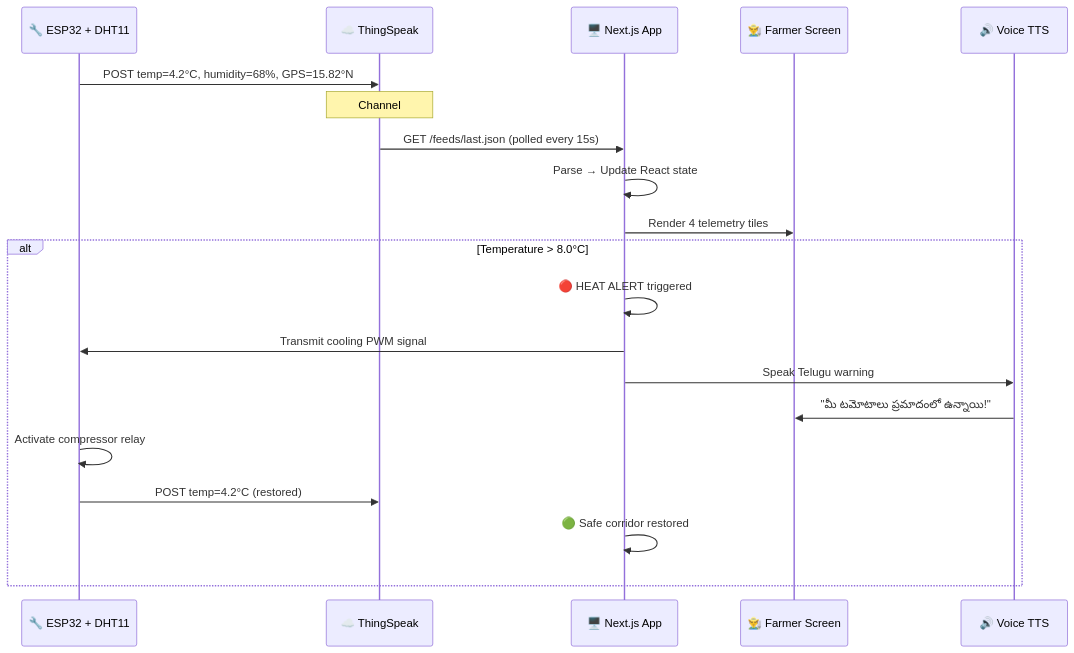
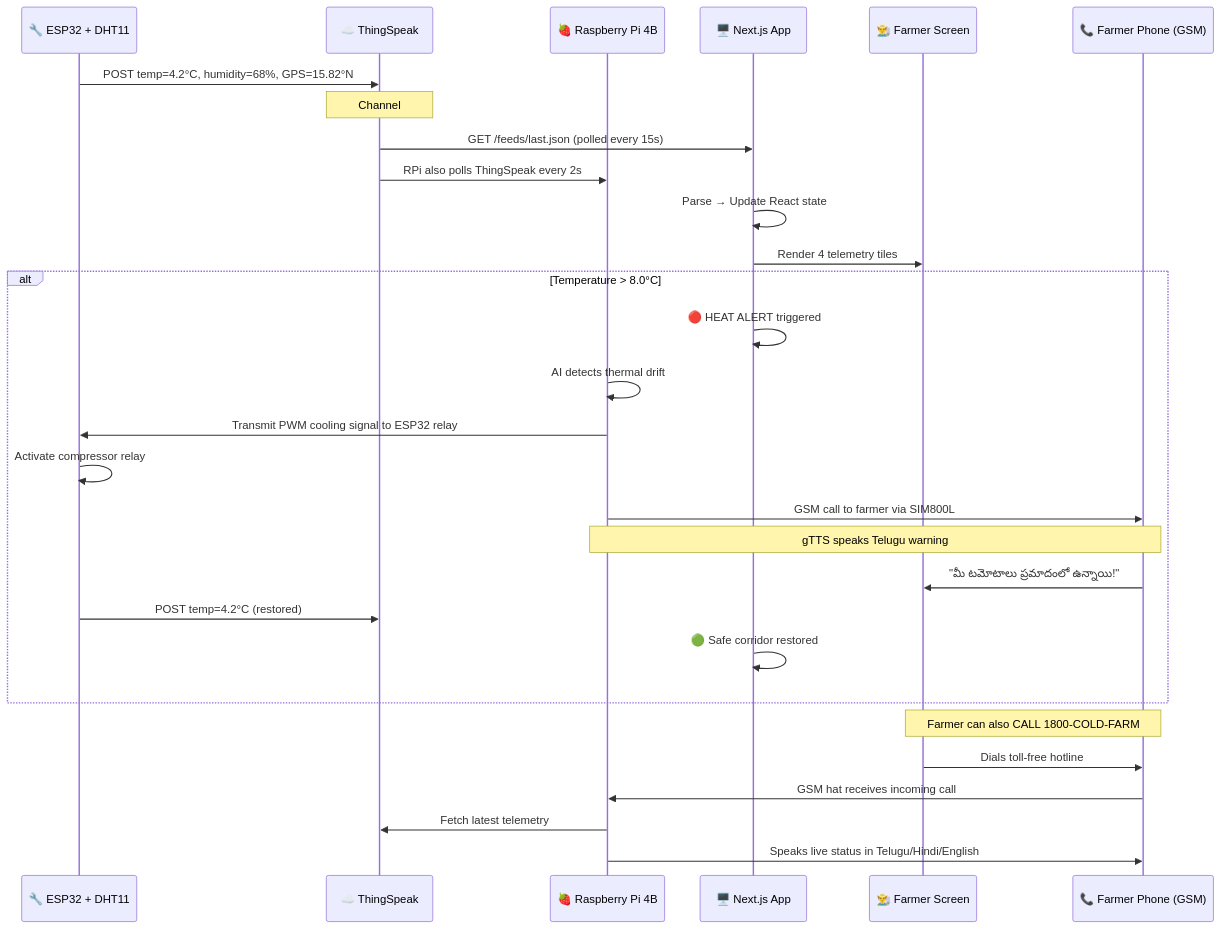
One commit to prudhviraj0310/cold-shield-THE-CHOSEN-ONE- changed the second of 3 diagrams in README.md. Above: the diagram before and after it, drawn with Mermaid. The commit also changed other lines of this file, not shown here.

Commit message:
docs: Add comprehensive Raspberry Pi 4B AI Edge Controller section — voice IVR gateway, autonomous compressor relay, thermal flux monitoring, wiring diagram, and firmware listing

````diff
--- a/README.md
+++ b/README.md
@@ -174,24 +194,34 @@
 ```mermaid
 sequenceDiagram
     participant HW as 🔧 ESP32 + DHT11
     participant TS as ☁️ ThingSpeak
+    participant RPI as 🍓 Raspberry Pi 4B
     participant APP as 🖥️ Next.js App
     participant FARMER as 👨‍🌾 Farmer Screen
-    participant VOICE as 🔊 Voice TTS
+    participant PHONE as 📞 Farmer Phone (GSM)
 
     HW->>TS: POST temp=4.2°C, humidity=68%, GPS=15.82°N
     Note over TS: Channel #3474082 stores feed
     TS->>APP: GET /feeds/last.json (polled every 15s)
+    TS->>RPI: RPi also polls ThingSpeak every 2s
     APP->>APP: Parse → Update React state
     APP->>FARMER: Render 4 telemetry tiles
     
     alt Temperature > 8.0°C
         APP->>APP: 🔴 HEAT ALERT triggered
-        APP->>HW: Transmit cooling PWM signal
-        APP->>VOICE: Speak Telugu warning
-        VOICE->>FARMER: "మీ టమోటాలు ప్రమాదంలో ఉన్నాయి!"
+        RPI->>RPI: AI detects thermal drift
+        RPI->>HW: Transmit PWM cooling signal to ESP32 relay
         HW->>HW: Activate compressor relay
+        RPI->>PHONE: GSM call to farmer via SIM800L
+        Note over RPI,PHONE: gTTS speaks Telugu warning
+        PHONE->>FARMER: "మీ టమోటాలు ప్రమాదంలో ఉన్నాయి!"
         HW->>TS: POST temp=4.2°C (restored)
         APP->>APP: 🟢 Safe corridor restored
     end
+
+    Note over FARMER,PHONE: Farmer can also CALL 1800-COLD-FARM
+    FARMER->>PHONE: Dials toll-free hotline
+    PHONE->>RPI: GSM hat receives incoming call
+    RPI->>TS: Fetch latest telemetry
+    RPI->>PHONE: Speaks live status in Telugu/Hindi/English
 ```
````
